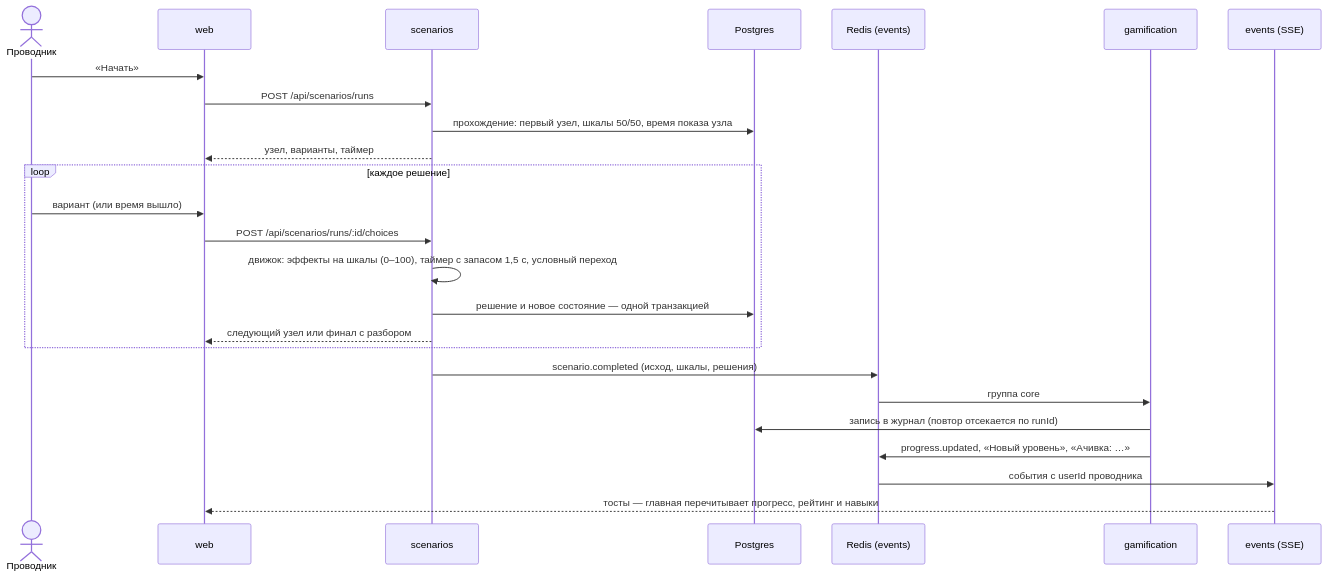
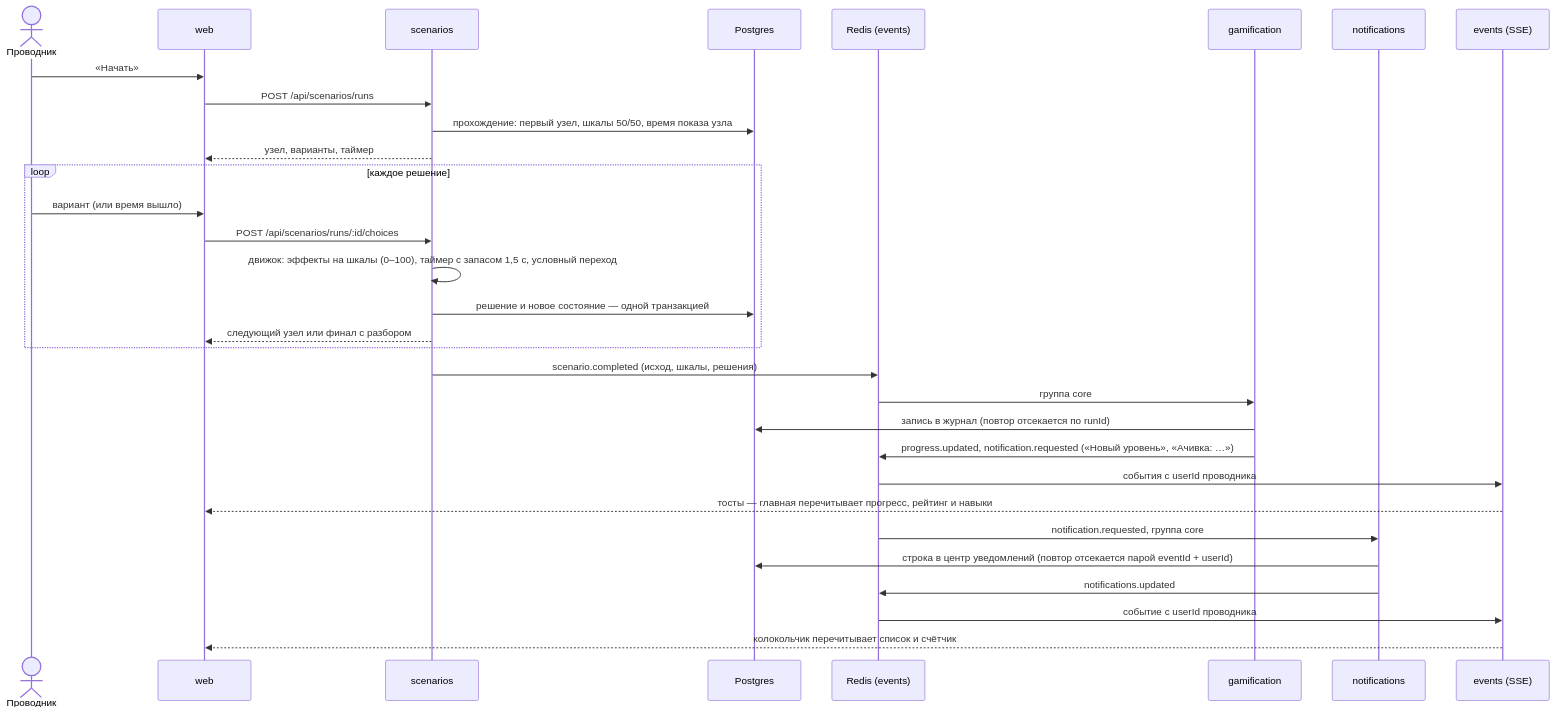
The second of 2 diagrams in docs/architecture.md (gornweb-hack/hackbox), drawn with Mermaid before and after one commit. The commit also changed other lines of this file and 7 other files, not shown here.

Commit message:
docs(architecture): add notifications and sequence diagrams

````diff
--- a/docs/architecture.md
+++ b/docs/architecture.md
@@ -58,28 +65,34 @@
 ```mermaid
 sequenceDiagram
   actor user as Проводник
   participant web as web
   participant sc as scenarios
   participant db as Postgres
   participant redis as Redis (events)
   participant gm as gamification
+  participant nt as notifications
   participant sse as events (SSE)
 
   user->>web: «Начать»
   web->>sc: POST /api/scenarios/runs
   sc->>db: прохождение: первый узел, шкалы 50/50, время показа узла
   sc-->>web: узел, варианты, таймер
   loop каждое решение
     user->>web: вариант (или время вышло)
     web->>sc: POST /api/scenarios/runs/:id/choices
     sc->>sc: движок: эффекты на шкалы (0–100), таймер с запасом 1,5 с, условный переход
     sc->>db: решение и новое состояние — одной транзакцией
     sc-->>web: следующий узел или финал с разбором
   end
   sc->>redis: scenario.completed (исход, шкалы, решения)
   redis->>gm: группа core
   gm->>db: запись в журнал (повтор отсекается по runId)
-  gm->>redis: progress.updated, «Новый уровень», «Ачивка: …»
+  gm->>redis: progress.updated, notification.requested («Новый уровень», «Ачивка: …»)
   redis->>sse: события с userId проводника
   sse-->>web: тосты — главная перечитывает прогресс, рейтинг и навыки
+  redis->>nt: notification.requested, группа core
+  nt->>db: строка в центр уведомлений (повтор отсекается парой eventId + userId)
+  nt->>redis: notifications.updated
+  redis->>sse: событие с userId проводника
+  sse-->>web: колокольчик перечитывает список и счётчик
 ```
````
